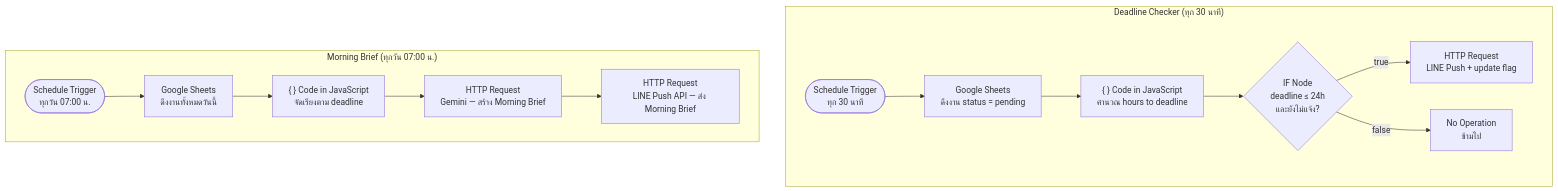
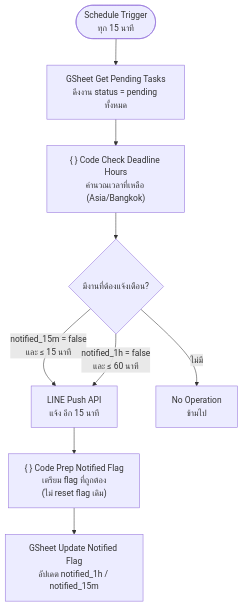
One commit to RelaxTimee/CSI403_Nexus changed the second of 3 diagrams in README.md. Above: the diagram before and after it, drawn with Mermaid. The commit also changed other lines of this file, not shown here.

````diff
--- a/README.md
+++ b/README.md
@@ -47,19 +72,12 @@
 ```mermaid
 flowchart TD
-    subgraph LEFT["Deadline Checker (ทุก 30 นาที)"]
-        A1([Schedule Trigger\nทุก 30 นาที]) --> B1
-        B1[Google Sheets\nดึงงาน status = pending] --> C1
-        C1["{ } Code in JavaScript\nคำนวณ hours to deadline"] --> D1
-        D1{IF Node\ndeadline ≤ 24h\nและยังไม่แจ้ง?}
-        D1 -->|true| E1[HTTP Request\nLINE Push + update flag]
-        D1 -->|false| E2[No Operation\nข้ามไป]
-    end
- 
-    subgraph RIGHT["Morning Brief (ทุกวัน 07:00 น.)"]
-        A2([Schedule Trigger\nทุกวัน 07:00 น.]) --> B2
-        B2[Google Sheets\nดึงงานทั้งหมดวันนี้] --> C2
-        C2["{ } Code in JavaScript\nจัดเรียงตาม deadline"] --> D2
-        D2[HTTP Request\nGemini — สร้าง Morning Brief] --> E3
-        E3[HTTP Request\nLINE Push API — ส่ง Morning Brief]
-    end
+    A1([Schedule Trigger\nทุก 15 นาที]) --> B1
+    B1[GSheet Get Pending Tasks\nดึงงาน status = pending ทั้งหมด] --> C1
+    C1["{ } Code Check Deadline Hours\nคำนวณเวลาที่เหลือ (Asia/Bangkok)"] --> D1
+    D1{มีงานที่ต้องแจ้งเตือน?}
+    D1 -->|notified_15m = false\nและ ≤ 15 นาที| E1[LINE Push API\nแจ้ง อีก 15 นาที]
+    D1 -->|notified_1h = false\nและ ≤ 60 นาที| E1
+    D1 -->|ไม่มี| E2[No Operation\nข้ามไป]
+    E1 --> F1["{ } Code Prep Notified Flag\nเตรียม flag ที่ถูกต้อง\n(ไม่ reset flag เดิม)"]
+    F1 --> G1[GSheet Update Notified Flag\nอัปเดต notified_1h / notified_15m]
 ```
````
